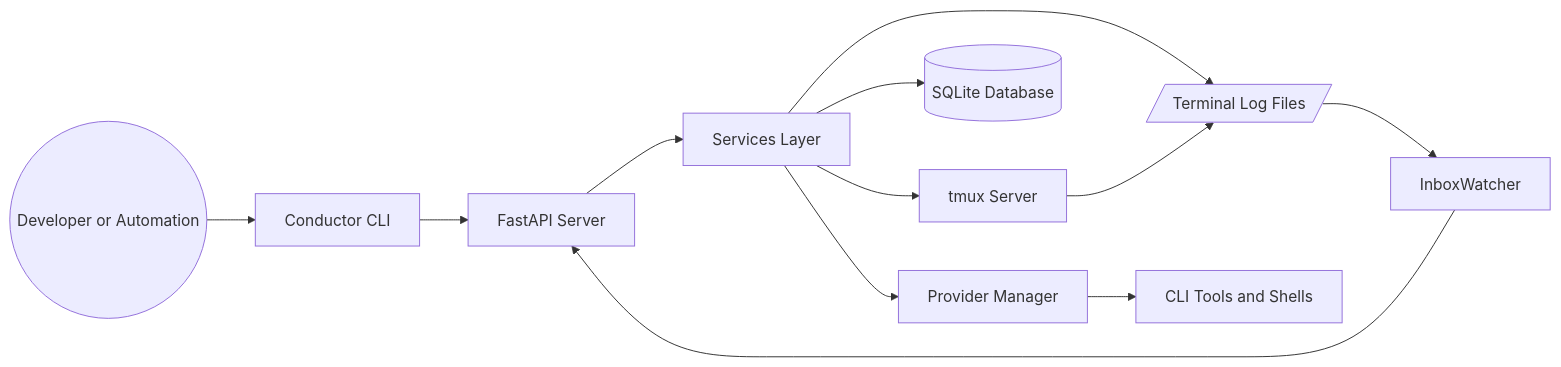
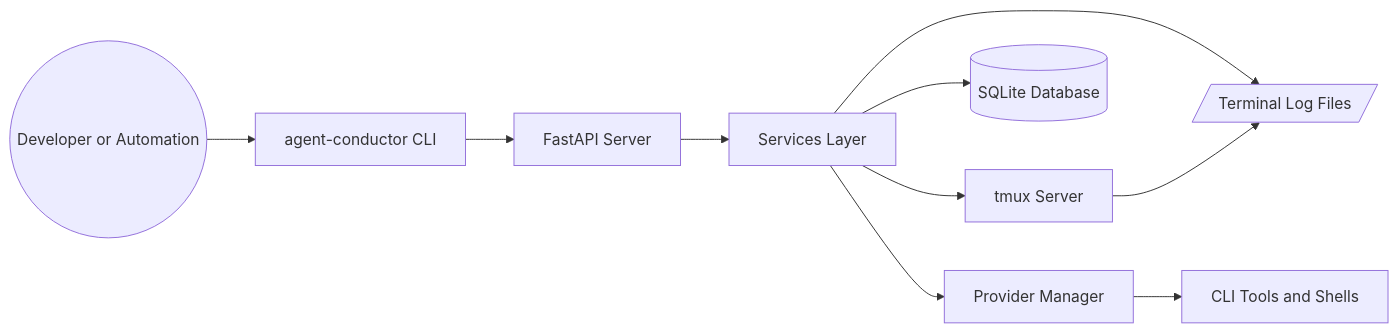
Before and after one commit to gaurav-yadav/agent-conductor: the first of 7 diagrams in docs/architecture-overview.md, drawn with Mermaid. The commit also changed other lines of this file and 15 other files, not shown here.

````diff
--- a/docs/architecture-overview.md
+++ b/docs/architecture-overview.md
@@ -99,14 +99,12 @@
 ```mermaid
 graph LR
-    Developer((Developer or Automation)) --> CLIClient[Conductor CLI]
+    Developer((Developer or Automation)) --> CLIClient[agent-conductor CLI]
     CLIClient --> HTTPSrv[FastAPI Server]
     HTTPSrv --> ServicesLayer[Services Layer]
     ServicesLayer --> tmuxd[tmux Server]
     ServicesLayer --> SQLite[(SQLite Database)]
     ServicesLayer --> LogsDir[/Terminal Log Files/]
     ServicesLayer --> ProvidersHub[Provider Manager]
     ProvidersHub --> ExternalCLIs[CLI Tools and Shells]
     tmuxd --> LogsDir
-    LogsDir --> InboxWatcher
-    InboxWatcher --> HTTPSrv
 ```
````
